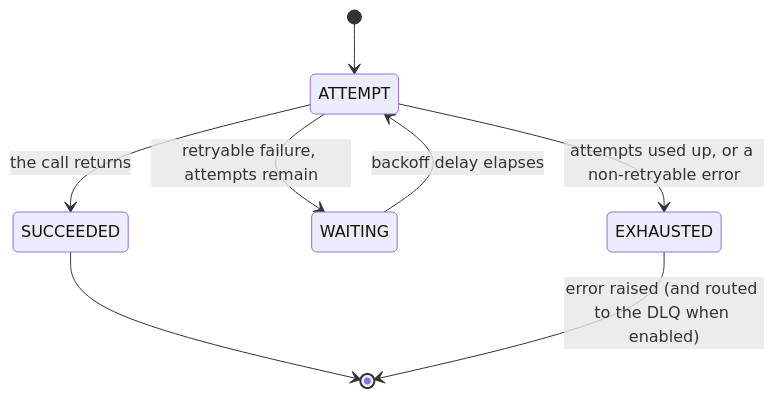
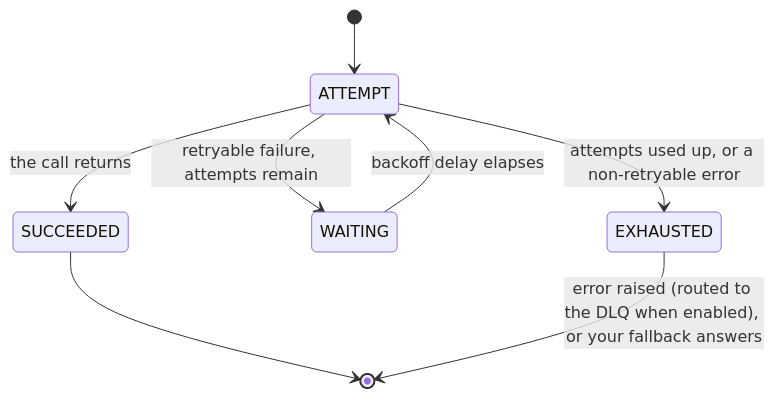
One commit to baldurhq/baldur changed the diagram in docs/concepts/oss/retry.md. Above: the diagram before and after it, drawn with Mermaid. The commit also changed other lines of this file, not shown here.

First line of the commit message:
docs(concepts): reverse-verify the retry guide — a fallback's answer and a timeout skip the DLQ, 429 pacing, @retry's error types

````diff
--- a/docs/concepts/oss/retry.md
+++ b/docs/concepts/oss/retry.md
@@ -69,10 +73,10 @@
 ```mermaid
 stateDiagram-v2
     [*] --> ATTEMPT
     ATTEMPT --> SUCCEEDED: the call returns
     ATTEMPT --> WAITING: retryable failure, attempts remain
     WAITING --> ATTEMPT: backoff delay elapses
     ATTEMPT --> EXHAUSTED: attempts used up, or a non-retryable error
     SUCCEEDED --> [*]
-    EXHAUSTED --> [*]: error raised (and routed to the DLQ when enabled)
+    EXHAUSTED --> [*]: error raised (routed to the DLQ when enabled), or your fallback answers
 ```
````
